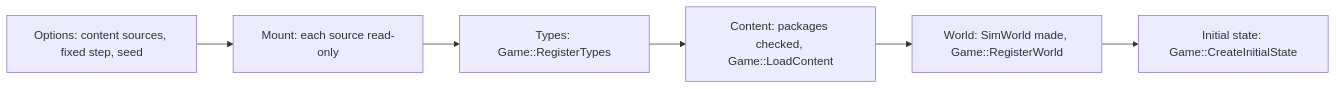
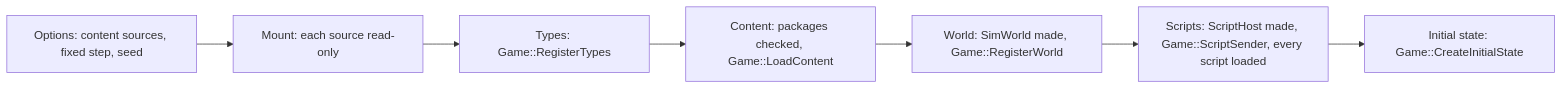
One commit to ivanhawkes/jettison changed the fourth of 4 diagrams in docs/simulation.md. Above: the diagram before and after it, drawn with Mermaid. The commit also changed other lines of this file and 15 other files, not shown here.

First line of the commit message:
Scripts: a mod's scripts run in the host session, so a server runs them as a client does (J62)

````diff
--- a/docs/simulation.md
+++ b/docs/simulation.md
@@ -289,8 +289,9 @@
 ```mermaid
 flowchart LR
     O["Options: content sources, fixed step, seed"] --> M["Mount: each source read-only"]
     M --> T["Types: Game::RegisterTypes"]
     T --> C["Content: packages checked, Game::LoadContent"]
     C --> W["World: SimWorld made, Game::RegisterWorld"]
-    W --> I["Initial state: Game::CreateInitialState"]
+    W --> S["Scripts: ScriptHost made, Game::ScriptSender, every script loaded"]
+    S --> I["Initial state: Game::CreateInitialState"]
 ```
````
